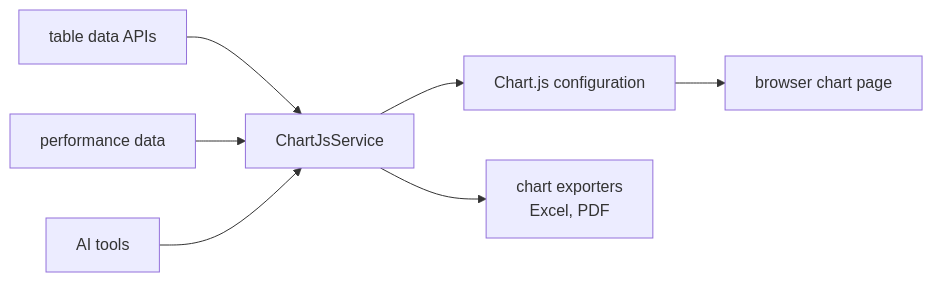
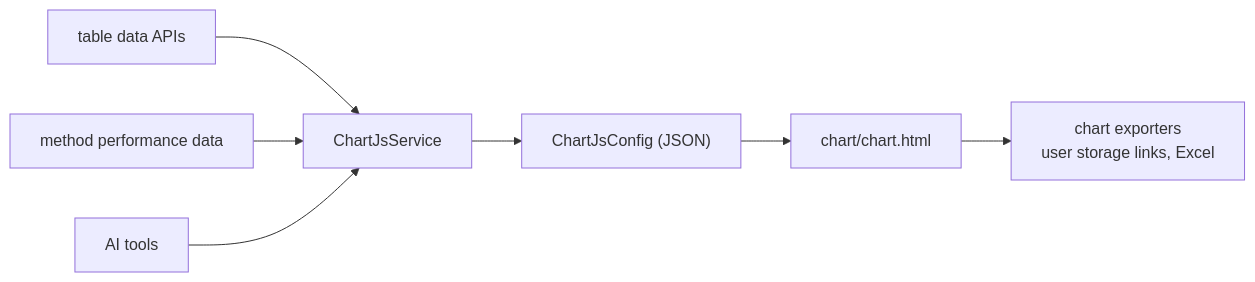
The diagram in SysWeaver.MicroService.ChartJs/README.md (dosh1974/SysWeaver), drawn with Mermaid before and after one commit. The commit also changed other lines of this file and 532 other files, not shown here.

````diff
--- a/SysWeaver.MicroService.ChartJs/README.md
+++ b/SysWeaver.MicroService.ChartJs/README.md
@@ -18,9 +18,9 @@
 ```mermaid
 flowchart LR
   Table["table data APIs"] --> CJ["ChartJsService"]
-  Perf["performance data"] --> CJ
-  CJ --> Cfg["Chart.js configuration"]
-  Cfg --> UI["browser chart page"]
-  CJ --> Exporters["chart exporters<br/>Excel, PDF"]
+  Perf["method performance data"] --> CJ
   AI["AI tools"] --> CJ
+  CJ --> Cfg["ChartJsConfig (JSON)"]
+  Cfg --> UI["chart/chart.html"]
+  UI --> Exporters["chart exporters<br/>user storage links, Excel"]
 ```
````
